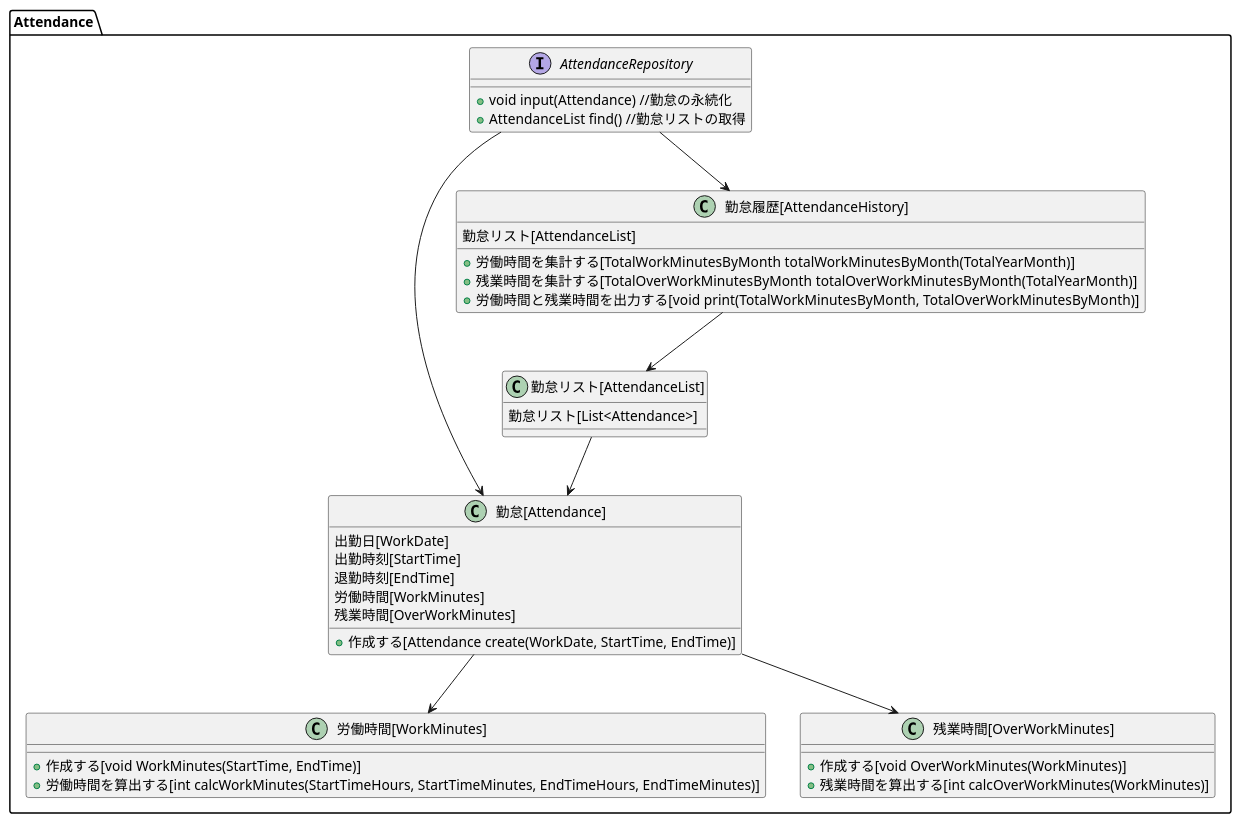
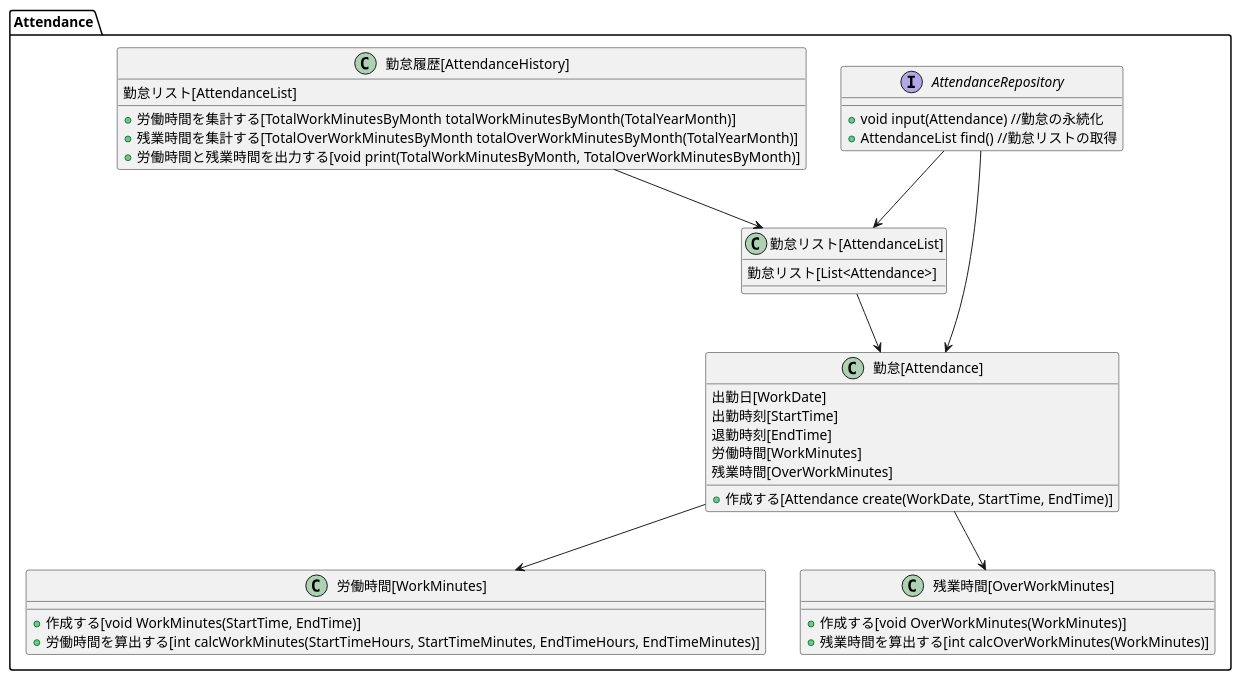
Before and after one commit to biglobe-isp/kintai: the diagram in doument/モデル設計/attendance/Attendance.puml, drawn with PlantUML.

Commit message:
ドメインモデル図の修正

```diff
--- a/doument/モデル設計/attendance/Attendance.puml
+++ b/doument/モデル設計/attendance/Attendance.puml
@@ -1,49 +1,49 @@
 @startuml
 
 package Attendance {
 
 interface AttendanceRepository {
     +void input(Attendance) //勤怠の永続化
     +AttendanceList find() //勤怠リストの取得
 }
 
 class "勤怠[Attendance]" as Attendance {
     出勤日[WorkDate]
     出勤時刻[StartTime]
     退勤時刻[EndTime]
     労働時間[WorkMinutes]
     残業時間[OverWorkMinutes]
     + 作成する[Attendance create(WorkDate, StartTime, EndTime)]
 }
 
 class "勤怠履歴[AttendanceHistory]" as AttendanceHistory {
     勤怠リスト[AttendanceList]
     + 労働時間を集計する[TotalWorkMinutesByMonth totalWorkMinutesByMonth(TotalYearMonth)]
     + 残業時間を集計する[TotalOverWorkMinutesByMonth totalOverWorkMinutesByMonth(TotalYearMonth)]
     + 労働時間と残業時間を出力する[void print(TotalWorkMinutesByMonth, TotalOverWorkMinutesByMonth)]
 }
 
 class "勤怠リスト[AttendanceList]" as AttendanceList {
     勤怠リスト[List<Attendance>]
 }
 
 class "労働時間[WorkMinutes]" as WorkMinutes {
     + 作成する[void WorkMinutes(StartTime, EndTime)]
     + 労働時間を算出する[int calcWorkMinutes(StartTimeHours, StartTimeMinutes, EndTimeHours, EndTimeMinutes)]
 }
 
 class "残業時間[OverWorkMinutes]" as OverWorkMinutes {
     + 作成する[void OverWorkMinutes(WorkMinutes)]
     + 残業時間を算出する[int calcOverWorkMinutes(WorkMinutes)]
 }
 
 AttendanceRepository -down-> Attendance
-AttendanceRepository -down-> AttendanceHistory
+AttendanceRepository -down-> AttendanceList
 AttendanceHistory -down-> AttendanceList
 AttendanceList -down-> Attendance
 Attendance -down-> WorkMinutes
 Attendance -down-> OverWorkMinutes
 
 }
 
 @enduml
```
